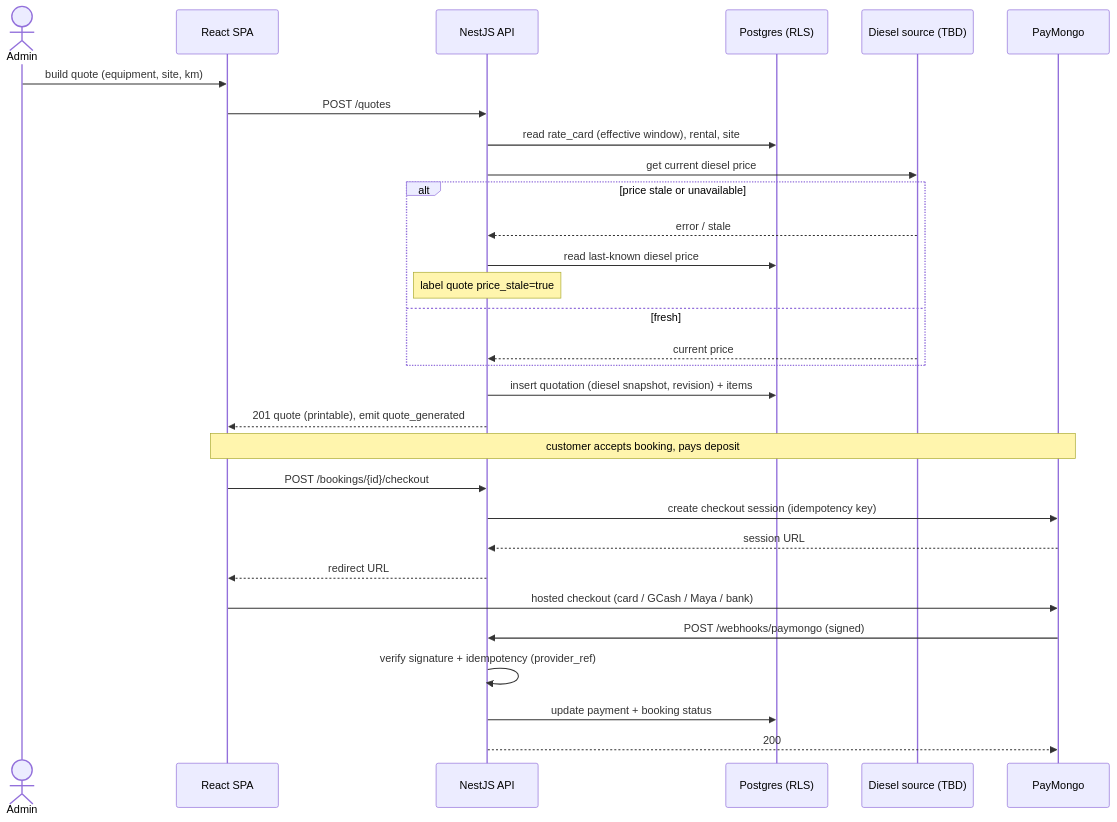
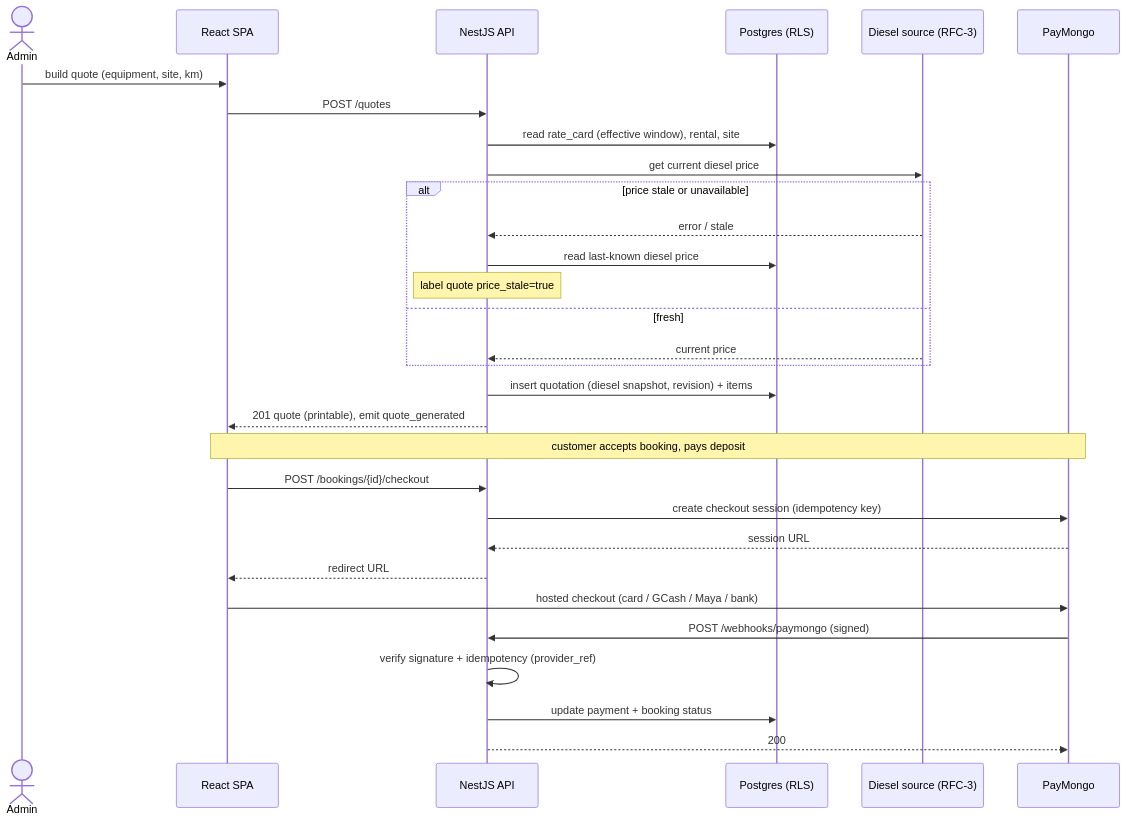
Before and after one commit to r0undy/arkilaunch: the fourth of 4 diagrams in docs/sdd-arkilaunch.md, drawn with Mermaid. The commit also changed other lines of this file and 31 other files, not shown here.

````diff
--- a/docs/sdd-arkilaunch.md
+++ b/docs/sdd-arkilaunch.md
@@ -668,33 +729,33 @@
 ```mermaid
 sequenceDiagram
     actor Rhea as Admin
     participant FE as React SPA
     participant API as NestJS API
     participant DB as Postgres (RLS)
-    participant DZL as Diesel source (TBD)
+    participant DZL as Diesel source (RFC-3)
     participant PM as PayMongo
 
     Rhea->>FE: build quote (equipment, site, km)
     FE->>API: POST /quotes
     API->>DB: read rate_card (effective window), rental, site
     API->>DZL: get current diesel price
     alt price stale or unavailable
         DZL-->>API: error / stale
         API->>DB: read last-known diesel price
         Note over API: label quote price_stale=true
     else fresh
         DZL-->>API: current price
     end
     API->>DB: insert quotation (diesel snapshot, revision) + items
     API-->>FE: 201 quote (printable), emit quote_generated
     Note over FE,PM: customer accepts booking, pays deposit
     FE->>API: POST /bookings/{id}/checkout
     API->>PM: create checkout session (idempotency key)
     PM-->>API: session URL
     API-->>FE: redirect URL
     FE->>PM: hosted checkout (card / GCash / Maya / bank)
     PM->>API: POST /webhooks/paymongo (signed)
     API->>API: verify signature + idempotency (provider_ref)
     API->>DB: update payment + booking status
     API-->>PM: 200
 ```
````
